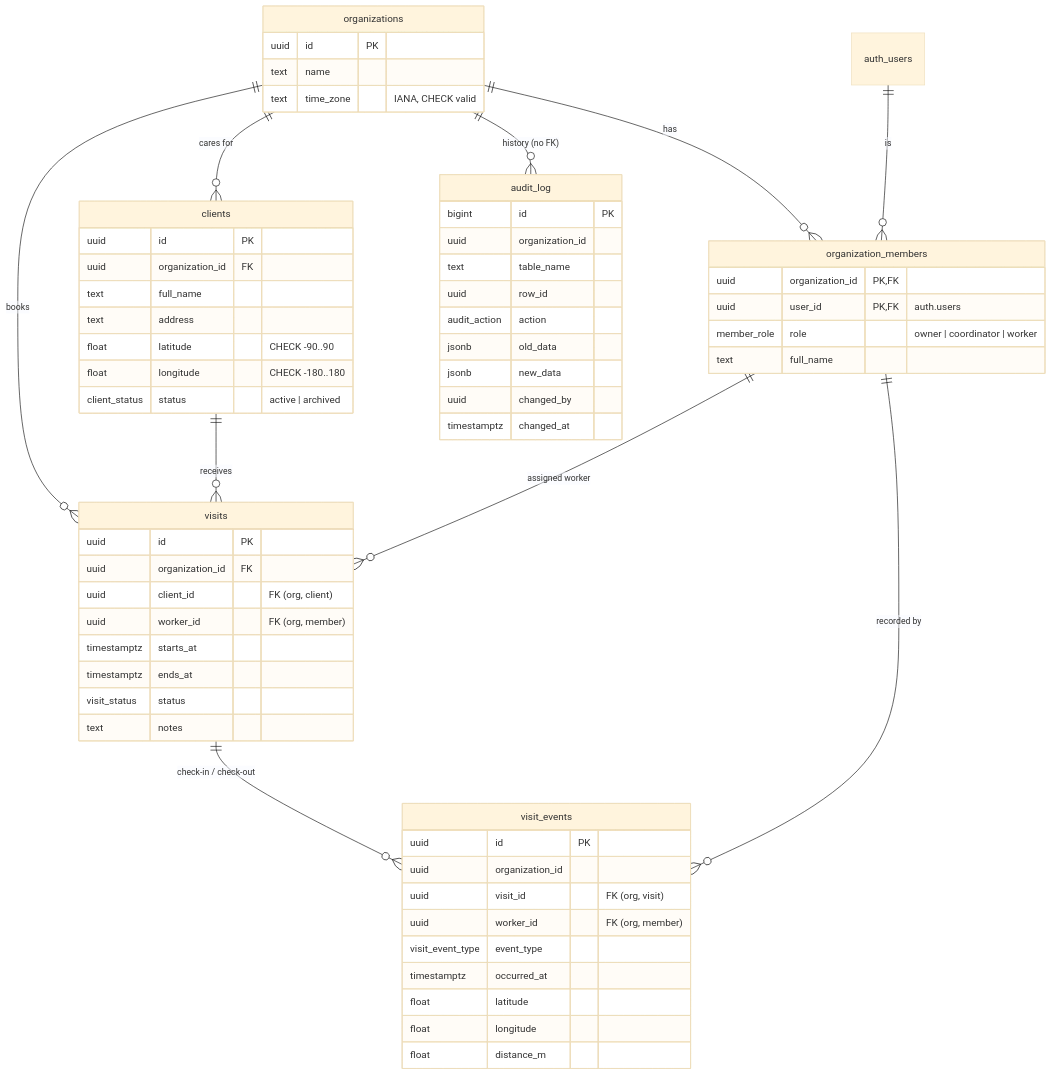
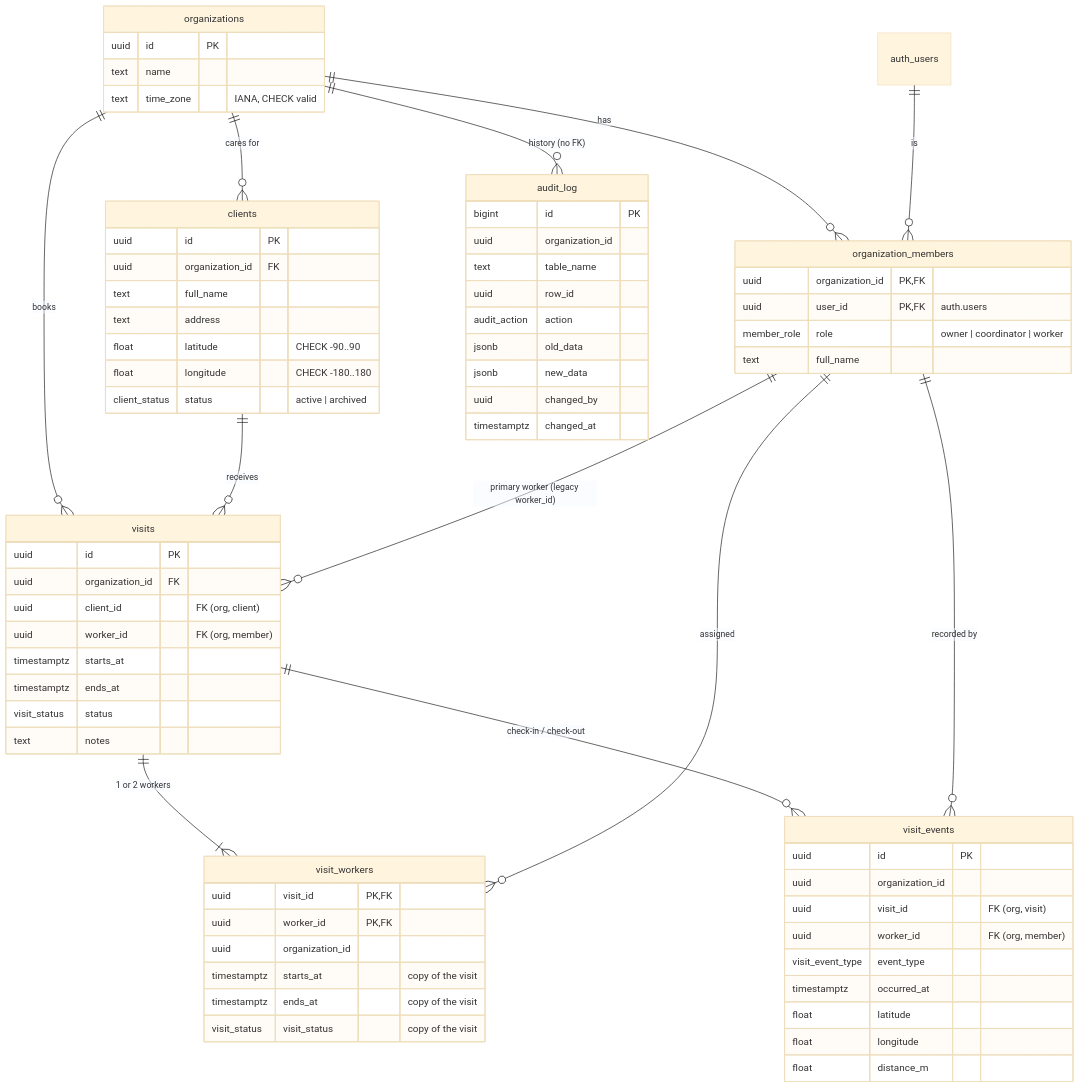
Before and after one commit to Masood97/care-visit-scheduler: the diagram in docs/schema.md, drawn with Mermaid (base theme). The commit also changed other lines of this file and 21 other files, not shown here.

First line of the commit message:
feat: support visits with one or two workers (2:1 support) (#24)

````diff
--- a/docs/schema.md
+++ b/docs/schema.md
@@ -7,65 +7,75 @@
 ```mermaid
 erDiagram
   organizations ||--o{ organization_members : "has"
   auth_users ||--o{ organization_members : "is"
   organizations ||--o{ clients : "cares for"
   organizations ||--o{ visits : "books"
   clients ||--o{ visits : "receives"
-  organization_members ||--o{ visits : "assigned worker"
+  organization_members ||--o{ visits : "primary worker (legacy worker_id)"
+  visits ||--|{ visit_workers : "1 or 2 workers"
+  organization_members ||--o{ visit_workers : "assigned"
   visits ||--o{ visit_events : "check-in / check-out"
   organization_members ||--o{ visit_events : "recorded by"
   organizations ||--o{ audit_log : "history (no FK)"
 
   organizations {
     uuid id PK
     text name
     text time_zone "IANA, CHECK valid"
   }
   organization_members {
     uuid organization_id PK,FK
     uuid user_id PK,FK "auth.users"
     member_role role "owner | coordinator | worker"
     text full_name
   }
   clients {
     uuid id PK
     uuid organization_id FK
     text full_name
     text address
     float latitude "CHECK -90..90"
     float longitude "CHECK -180..180"
     client_status status "active | archived"
   }
   visits {
     uuid id PK
     uuid organization_id FK
     uuid client_id "FK (org, client)"
     uuid worker_id "FK (org, member)"
     timestamptz starts_at
     timestamptz ends_at
     visit_status status
     text notes
   }
+  visit_workers {
+    uuid visit_id PK,FK
+    uuid worker_id PK,FK
+    uuid organization_id
+    timestamptz starts_at "copy of the visit"
+    timestamptz ends_at "copy of the visit"
+    visit_status visit_status "copy of the visit"
+  }
   visit_events {
     uuid id PK
     uuid organization_id
     uuid visit_id "FK (org, visit)"
     uuid worker_id "FK (org, member)"
     visit_event_type event_type
     timestamptz occurred_at
     float latitude
     float longitude
     float distance_m
   }
   audit_log {
     bigint id PK
     uuid organization_id
     text table_name
     uuid row_id
     audit_action action
     jsonb old_data
     jsonb new_data
     uuid changed_by
     timestamptz changed_at
   }
 ```
````
